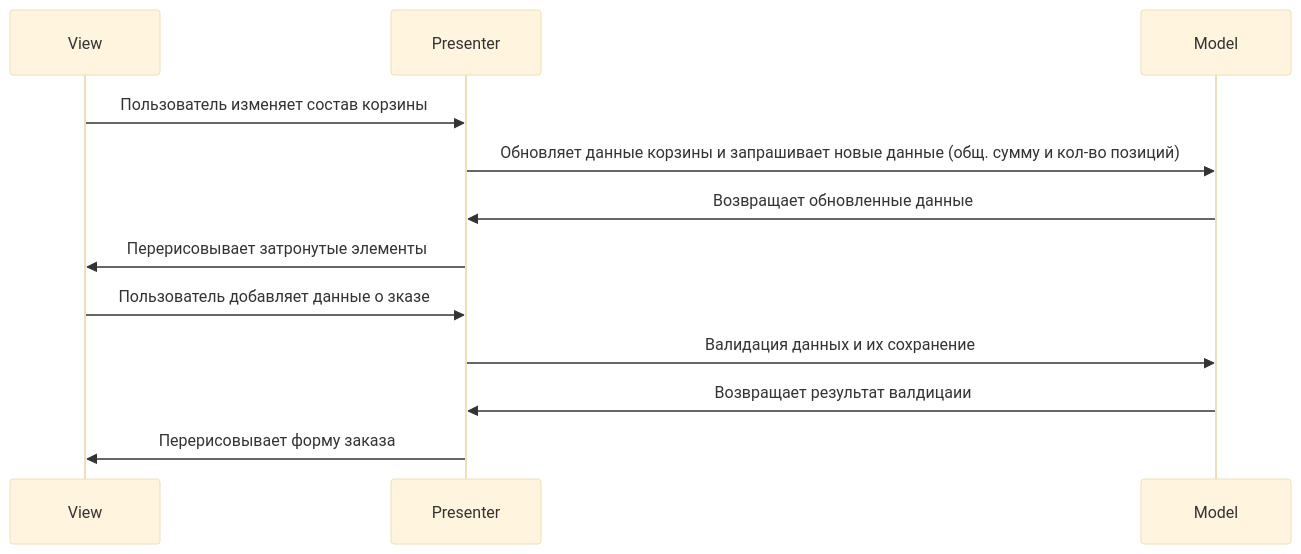
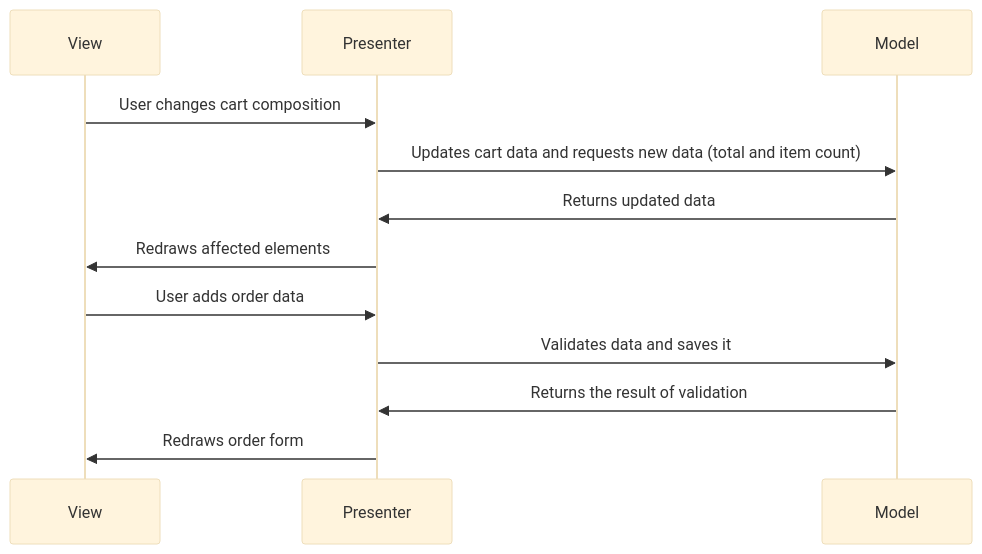
One commit to Kroti7/web-larek-frontend changed the first of 2 diagrams in README.md. Above: the diagram before and after it, drawn with Mermaid (base theme).

````diff
--- a/README.md
+++ b/README.md
@@ -49,17 +49,17 @@
 ```mermaid
 sequenceDiagram
     participant View
     participant Presenter
     participant Model
 
-    View->>Presenter: Пользователь изменяет состав корзины
-    Presenter->>Model: Обновляет данные корзины и запрашивает новые данные (общ. сумму и кол-во позиций)
-    Model->>Presenter: Возвращает обновленные данные
-    Presenter->>View: Перерисовывает затронутые элементы
+    View->>Presenter: User changes cart composition
+    Presenter->>Model: Updates cart data and requests new data (total and item count)
+    Model->>Presenter: Returns updated data
+    Presenter->>View: Redraws affected elements
 
-    View->>Presenter: Пользователь добавляет данные о зказе 
-    Presenter->>Model: Валидация данных и их сохранение
-    Model->>Presenter: Возвращает результат валдицаии
-    Presenter->>View: Перерисовывает форму заказа
+    View->>Presenter: User adds order data
+    Presenter->>Model: Validates data and saves it
+    Model->>Presenter: Returns the result of validation
+    Presenter->>View: Redraws order form
 
 ```
````
